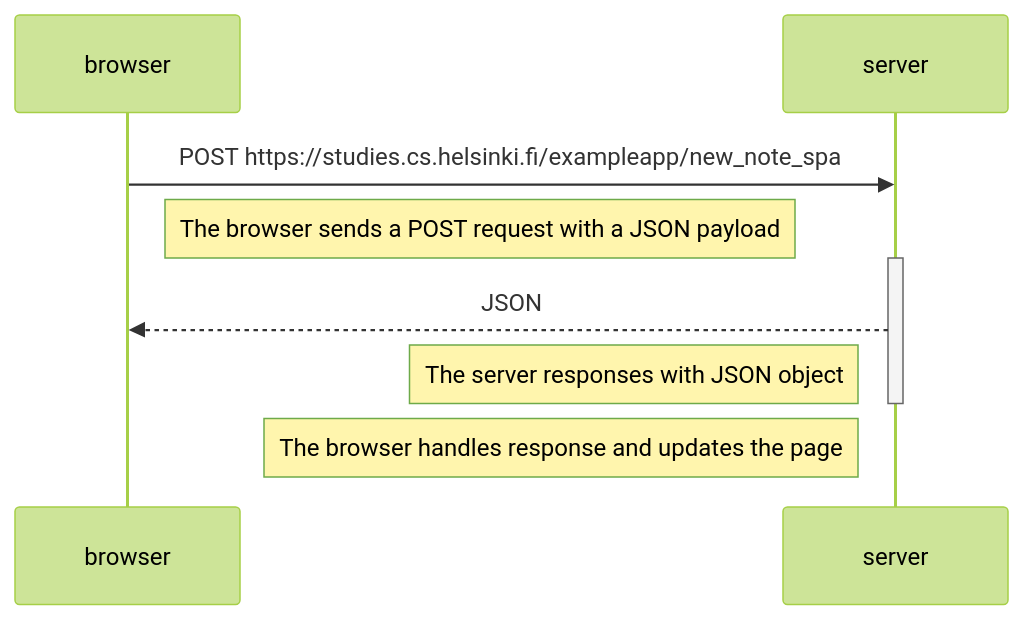
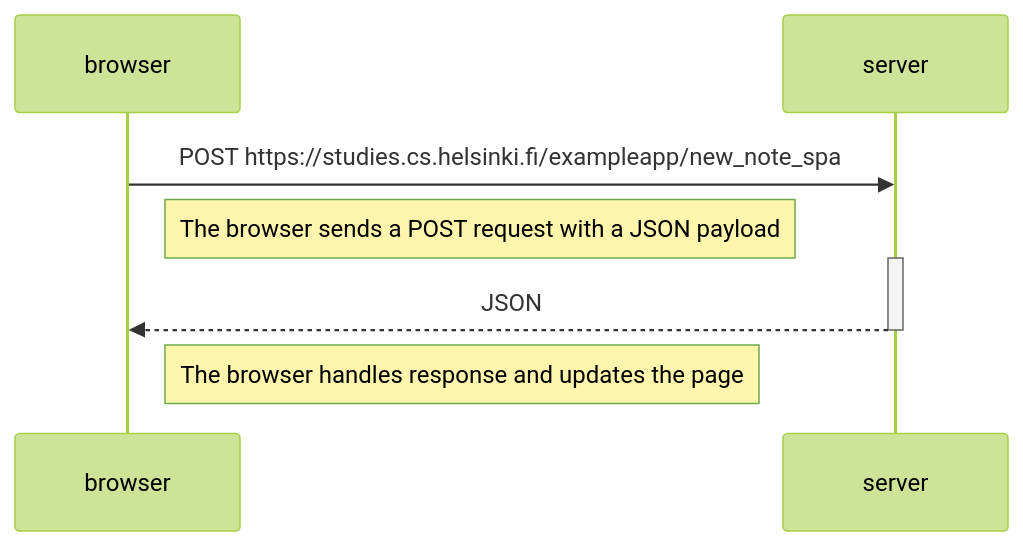
One commit to Sky11y/Full-Stack-Open changed the diagram in Exercise_0.6.md. Above: the diagram before and after it, drawn with Mermaid (forest theme).

Commit message:
Fix note position in Exercise_0.6.md

````diff
--- a/Exercise_0.6.md
+++ b/Exercise_0.6.md
@@ -1,15 +1,14 @@
 ```mermaid
 sequenceDiagram
     participant browser
     participant server
 
     browser->>server: POST https://studies.cs.helsinki.fi/exampleapp/new_note_spa
     Note right of browser: The browser sends a POST request with a JSON payload
     activate server
     server-->>browser: JSON
-    Note left of server: The server responses with JSON object
     deactivate server
 
-    Note left of server: The browser handles response and updates the page
+    Note right of browser: The browser handles response and updates the page
 
 ```
````
